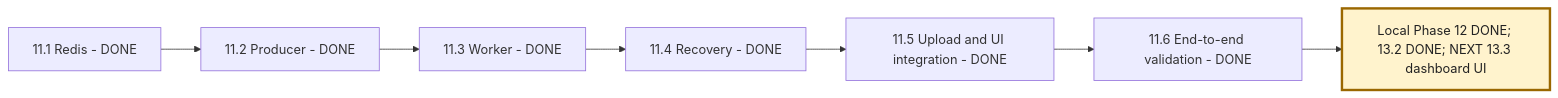
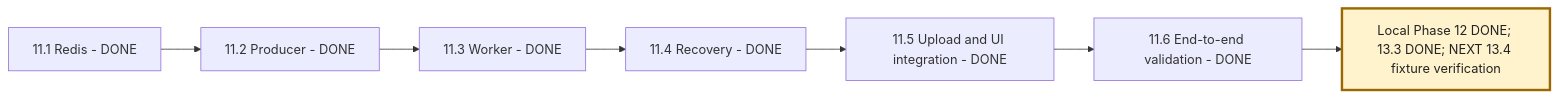
One commit to msdian0007/nexaAi changed the third of 5 diagrams in NEXAAI_ROADMAP.md. Above: the diagram before and after it, drawn with Mermaid. The commit also changed other lines of this file and 22 other files, not shown here.

Commit message:
dashboard cards, dates and chart

````diff
--- a/NEXAAI_ROADMAP.md
+++ b/NEXAAI_ROADMAP.md
@@ -257,10 +258,10 @@
 ```mermaid
 flowchart LR
     A[11.1 Redis - DONE] --> B[11.2 Producer - DONE]
     B --> C[11.3 Worker - DONE]
     C --> D[11.4 Recovery - DONE]
     D --> E[11.5 Upload and UI integration - DONE]
     E --> F[11.6 End-to-end validation - DONE]
-    F --> G[Local Phase 12 DONE; 13.2 DONE; NEXT 13.3 dashboard UI]
+    F --> G[Local Phase 12 DONE; 13.3 DONE; NEXT 13.4 fixture verification]
     style G fill:#fff3cd,stroke:#9a6700,stroke-width:3px,color:#222
 ```
````
